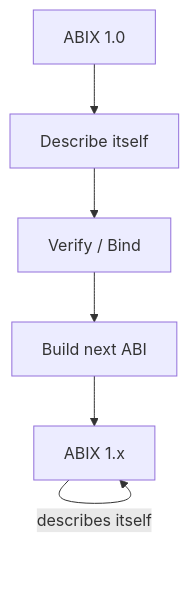
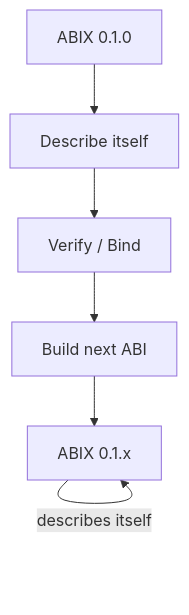
Before and after one commit to Sukanle/ABIX: the ninth of 11 diagrams in README.md, drawn with Mermaid. The commit also changed other lines of this file and 262 other files, not shown here.

````diff
--- a/README.md
+++ b/README.md
@@ -262,8 +262,8 @@
 ```mermaid
 graph TD
-    A[ABIX 1.0] --> B[Describe itself]
+    A[ABIX 0.1.0] --> B[Describe itself]
     B --> C[Verify / Bind]
     C --> D[Build next ABI]
-    D --> E[ABIX 1.x]
+    D --> E[ABIX 0.1.x]
     E -->|describes itself| E
 ```
````
